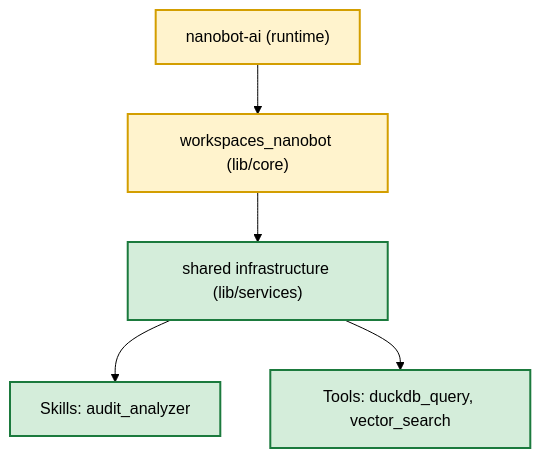
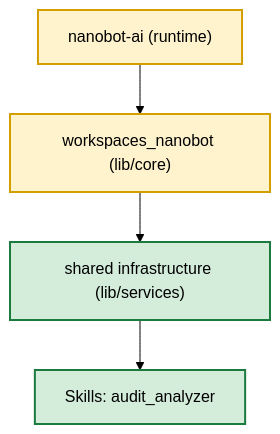
The tenth of 13 diagrams in docs/TARGET_ARCHITECTURE.md (AlexEgorov85/workspaces_nanobot), drawn with Mermaid (forest theme) before and after one commit. The commit also changed other lines of this file and 8 other files, not shown here.

````diff
--- a/docs/TARGET_ARCHITECTURE.md
+++ b/docs/TARGET_ARCHITECTURE.md
@@ -721,13 +727,12 @@
 ```mermaid
 flowchart TB
     NB["nanobot-ai (runtime)"] --> IL["workspaces_nanobot (lib/core)"]
     IL --> SI["shared infrastructure (lib/services)"]
     SI --> SK["Skills: audit_analyzer"]
-    SI --> TL["Tools: duckdb_query, vector_search"]
     classDef core fill:#fff3cd,stroke:#d39e00,stroke-width:2px
     classDef ext fill:#d1ecf1,stroke:#0c5460,stroke-width:2px
     classDef infra fill:#d4edda,stroke:#1b7a3d,stroke-width:2px
     class NB,IL core
     class SI infra
-    class SK,TL infra
+    class SK infra
 ```
````
